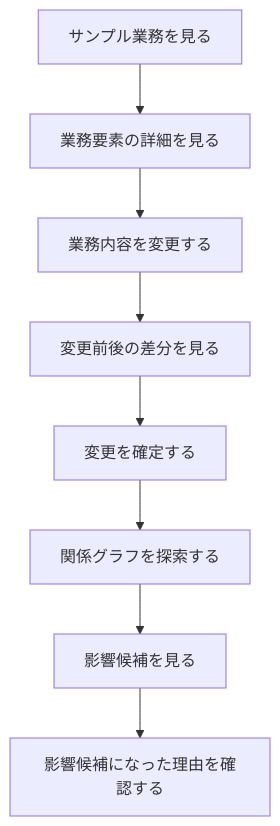
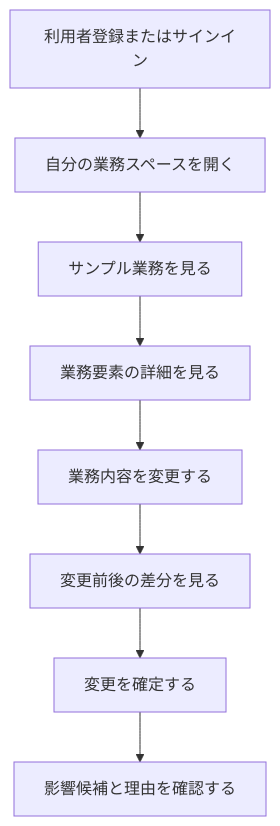
Before and after one commit to takuya9622/process-diff-mvp: the diagram in docs/requirements/README.md, drawn with Mermaid. The commit also changed other lines of this file and 12 other files, not shown here.

````diff
--- a/docs/requirements/README.md
+++ b/docs/requirements/README.md
@@ -128,10 +140,10 @@
 ```mermaid
 flowchart TD
-    A[サンプル業務を見る] --> B[業務要素の詳細を見る]
-    B --> C[業務内容を変更する]
-    C --> D[変更前後の差分を見る]
-    D --> E[変更を確定する]
-    E --> F[関係グラフを探索する]
-    F --> G[影響候補を見る]
-    G --> H[影響候補になった理由を確認する]
+    A[利用者登録またはサインイン] --> B[自分の業務スペースを開く]
+    B --> C[サンプル業務を見る]
+    C --> D[業務要素の詳細を見る]
+    D --> E[業務内容を変更する]
+    E --> F[変更前後の差分を見る]
+    F --> G[変更を確定する]
+    G --> H[影響候補と理由を確認する]
 ```
````
